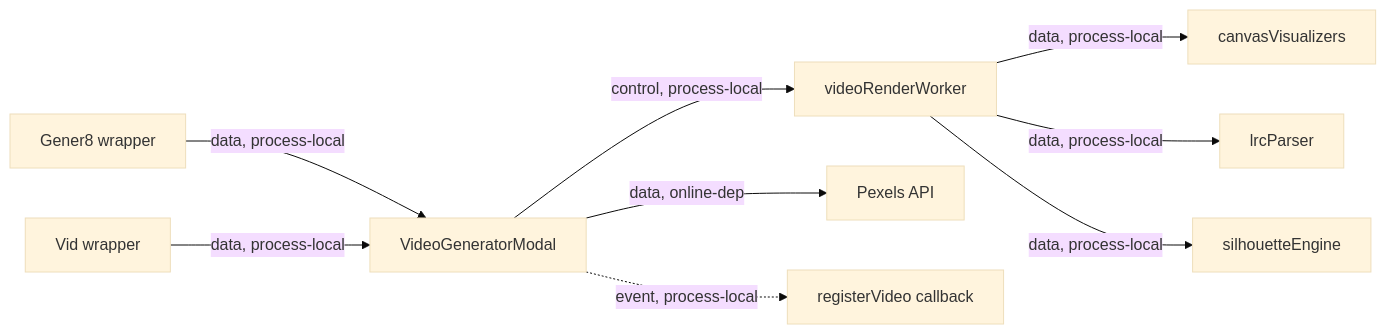
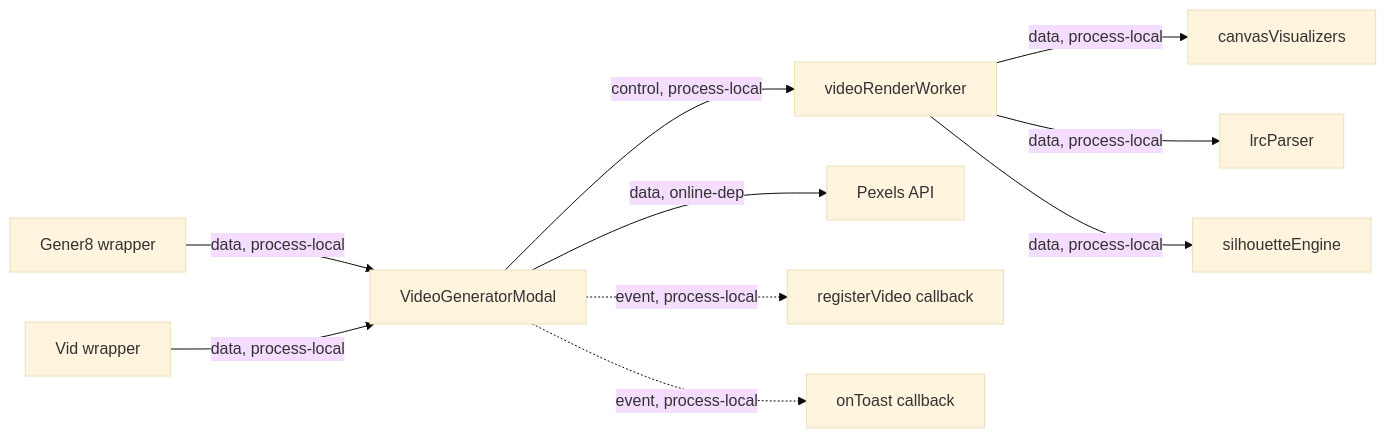
One commit to BAIS1C/project-everywear changed the diagram in docs/wiki/packages/video-modal.md. Above: the diagram before and after it, drawn with Mermaid (base theme). The commit also changed other lines of this file and 18 other files, not shown here.

````diff
--- a/docs/wiki/packages/video-modal.md
+++ b/docs/wiki/packages/video-modal.md
@@ -47,11 +50,12 @@
 ```mermaid
 graph LR
   Gener8["Gener8 wrapper"] -- "data, process-local" --> Modal["VideoGeneratorModal"]
   Vid["Vid wrapper"] -- "data, process-local" --> Modal
   Modal -- "control, process-local" --> Worker["videoRenderWorker"]
   Worker -- "data, process-local" --> Visualizers["canvasVisualizers"]
   Worker -- "data, process-local" --> Lyrics["lrcParser"]
   Worker -- "data, process-local" --> Silhouette["silhouetteEngine"]
   Modal -- "data, online-dep" --> Pexels["Pexels API"]
   Modal -. "event, process-local" .-> VaultCallback["registerVideo callback"]
+  Modal -. "event, process-local" .-> ToastCallback["onToast callback"]
 ```
````
